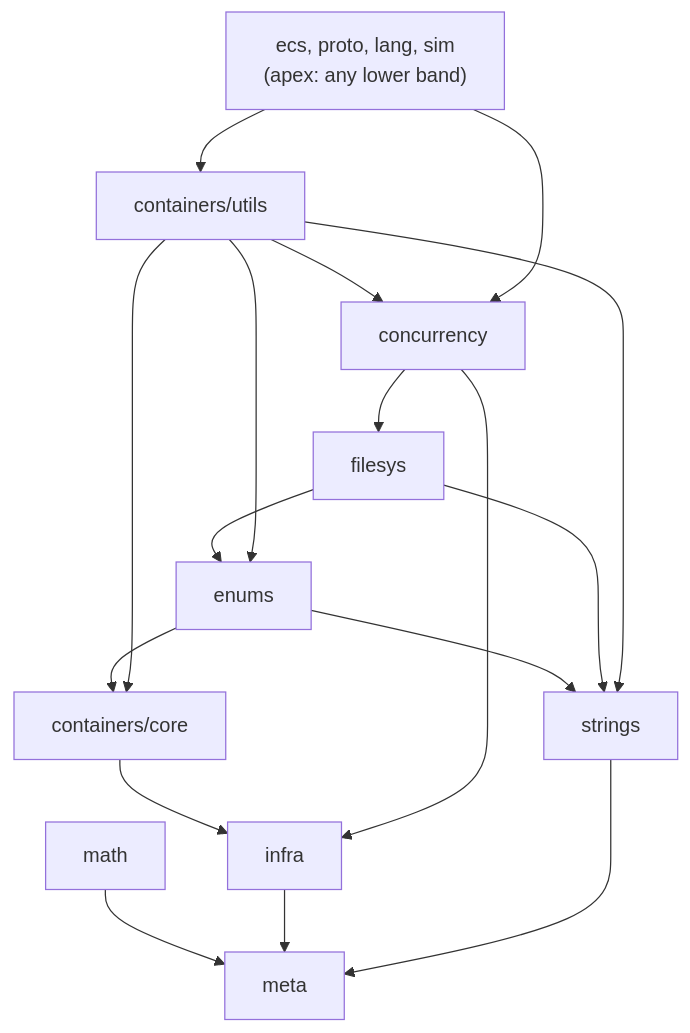
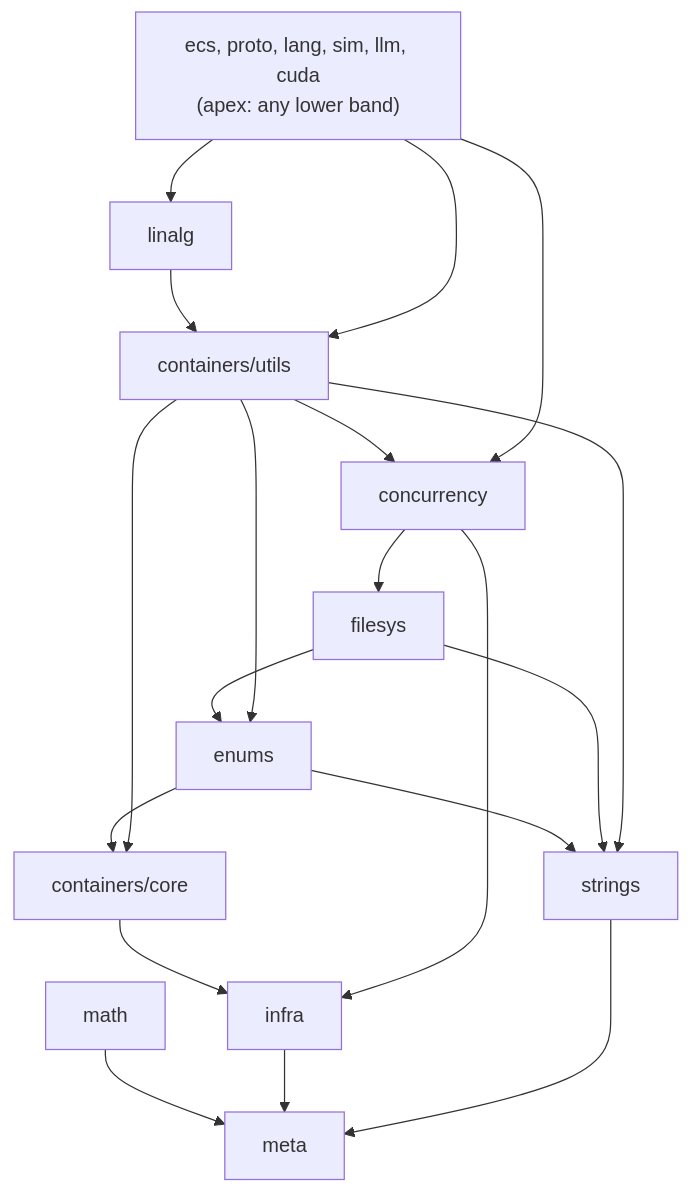
The diagram in corvid/deps.md (stevensudit/Corvid), drawn with Mermaid before and after one commit. The commit also changed other lines of this file and 212 other files, not shown here.

Commit message:
LLM quest stages 0 to 5: GPT-2 in C++23 and CUDA, from tokenizer to LoRA training (#115)

````diff
--- a/corvid/deps.md
+++ b/corvid/deps.md
@@ -125,30 +145,33 @@
 ```mermaid
 graph TD
     meta[meta]
     math[math]
     infra[infra]
     strings[strings]
     containers_core["containers/core"]
     enums[enums]
     filesys[filesys]
     concurrency[concurrency]
     containers_utils["containers/utils"]
-    apex["ecs, proto, lang, sim<br/>(apex: any lower band)"]
+    linalg[linalg]
+    apex["ecs, proto, lang, sim, llm, cuda<br/>(apex: any lower band)"]
 
     math --> meta
     infra --> meta
     strings --> meta
     containers_core --> infra
     enums --> strings
     enums --> containers_core
     filesys --> strings
     filesys --> enums
     concurrency --> infra
     concurrency --> filesys
     containers_utils --> containers_core
     containers_utils --> strings
     containers_utils --> enums
     containers_utils --> concurrency
+    linalg --> containers_utils
+    apex --> linalg
     apex --> containers_utils
     apex --> concurrency
 ```
````
